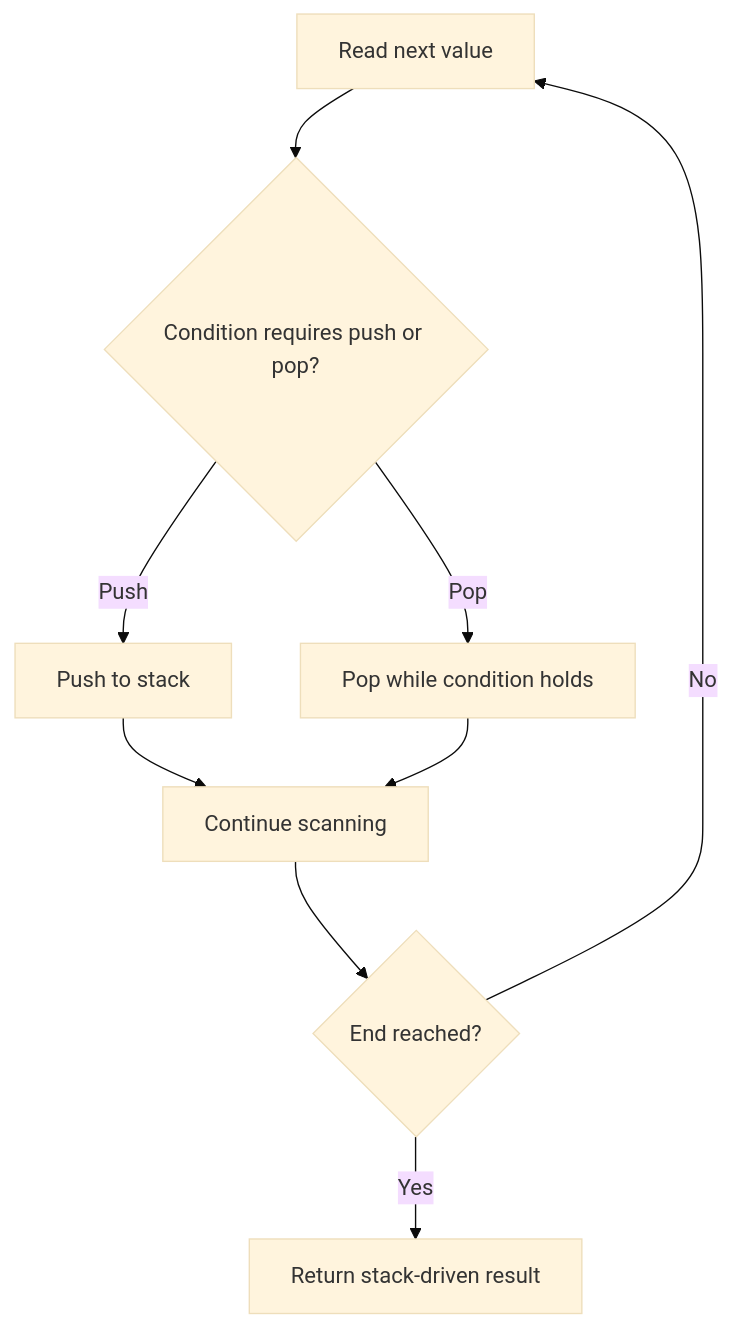
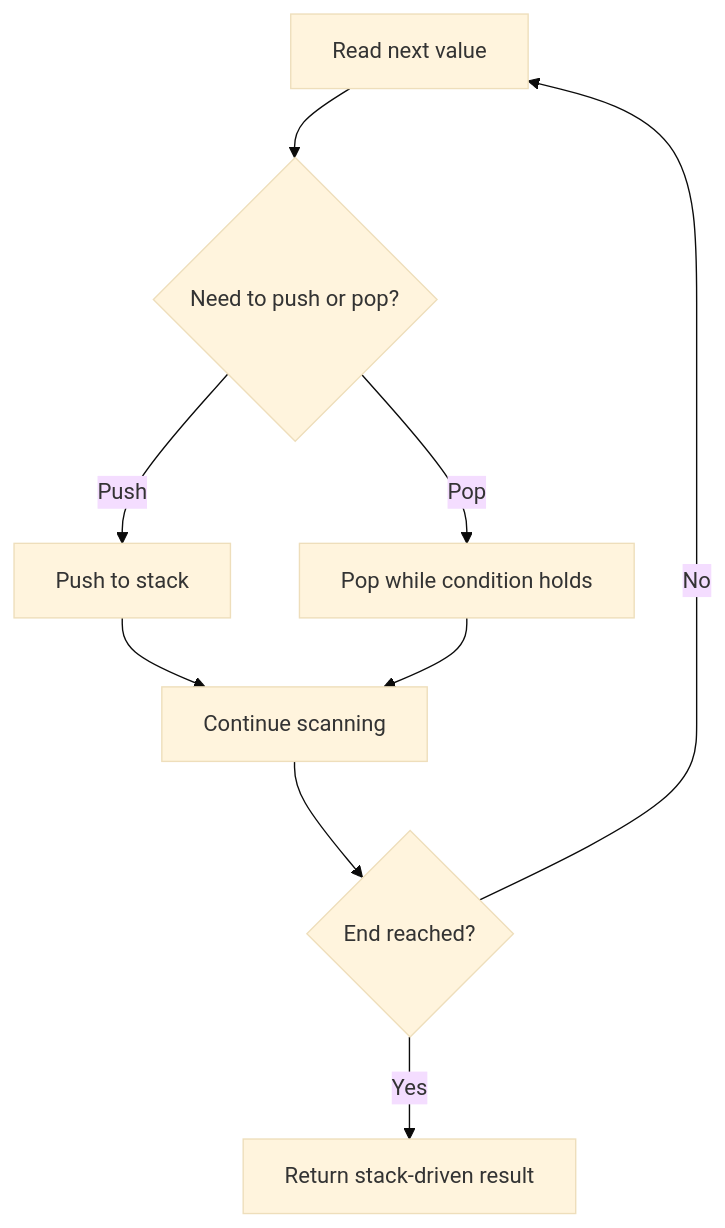
Before and after one commit to keshav-poojary/Leetcode: the diagram in NeetCode-Submissions/03.sliding-window/06.sliding-window-max/readme.md, drawn with Mermaid (base theme). The commit also changed other lines of this file and 121 other files, not shown here.

````diff
--- a/NeetCode-Submissions/03.sliding-window/06.sliding-window-max/readme.md
+++ b/NeetCode-Submissions/03.sliding-window/06.sliding-window-max/readme.md
@@ -34,11 +34,11 @@
 ```mermaid
 flowchart TD
-    A[Read next value] --> B{Condition requires push or pop?}
+    A[Read next value] --> B{Need to push or pop?}
     B -- Push --> C[Push to stack]
     B -- Pop --> D[Pop while condition holds]
     C --> E[Continue scanning]
     D --> E
     E --> F{End reached?}
     F -- No --> A
     F -- Yes --> G[Return stack-driven result]
 ```
````
